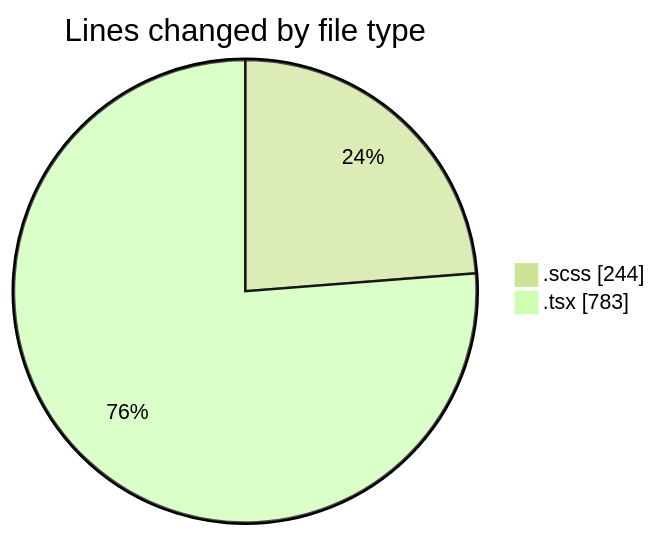
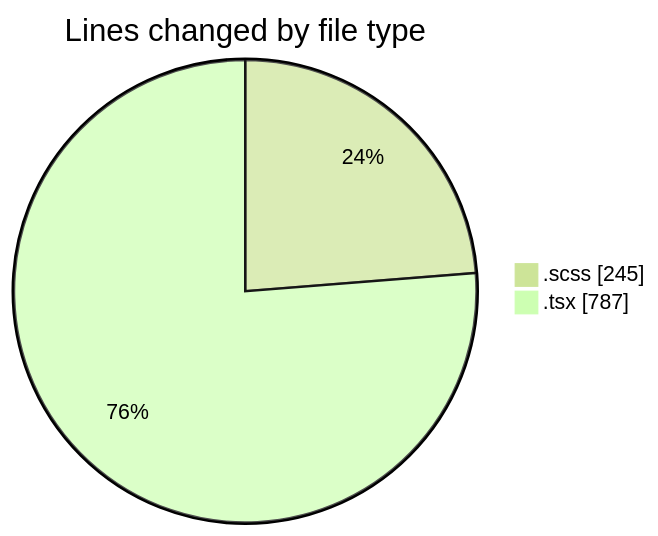
Before and after one commit to momahboobian/code-tracking: the first of 2 diagrams in 2025-03-28/cda/README.md, drawn with Mermaid (forest theme). The commit also changed other lines of this file and 1 other file, not shown here.

````diff
--- a/2025-03-28/cda/README.md
+++ b/2025-03-28/cda/README.md
@@ -23,6 +23,6 @@
 ```mermaid
 pie showData
 title Lines changed by file type
-".scss" : 244
-".tsx" : 783
+".scss" : 245
+".tsx" : 787
 ```
````
